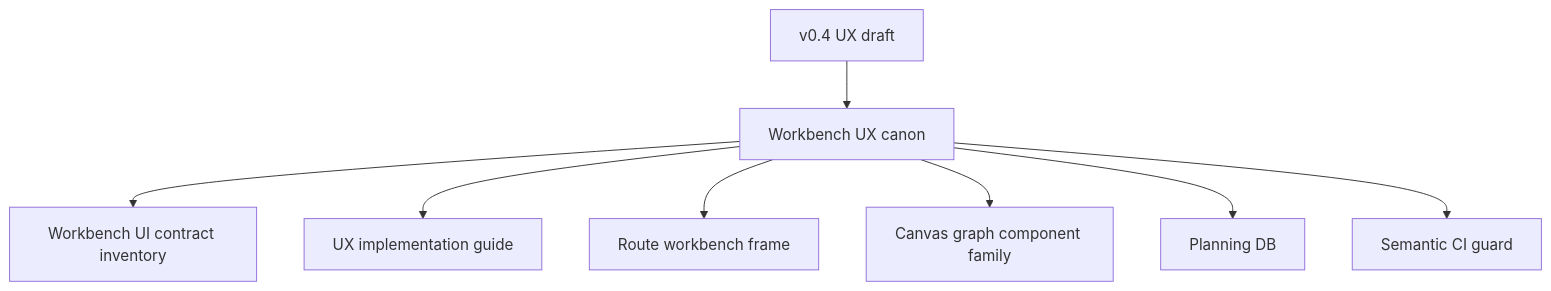
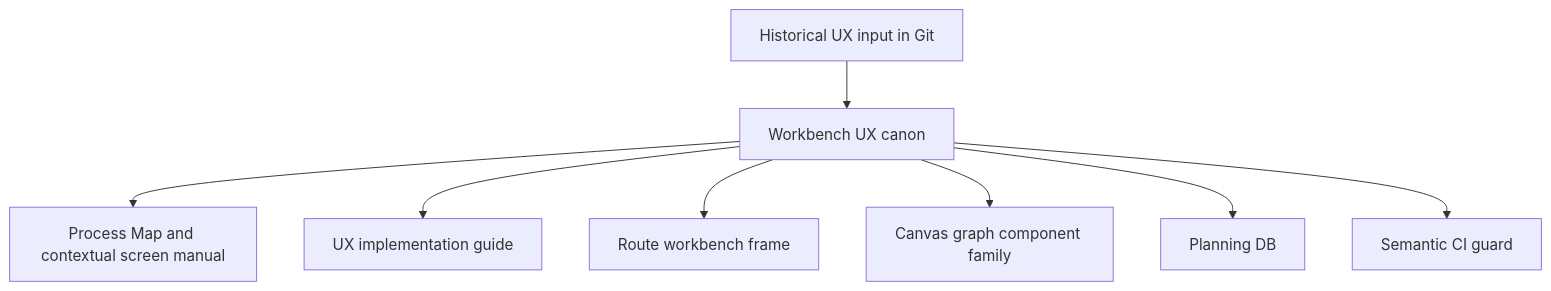
Before and after one commit to dunay2/dvt: the second of 2 diagrams in docs/architecture/components/web/workbench-ux-canon-component.md, drawn with Mermaid. The commit also changed other lines of this file and 97 other files, not shown here.

````diff
--- a/docs/architecture/components/web/workbench-ux-canon-component.md
+++ b/docs/architecture/components/web/workbench-ux-canon-component.md
@@ -81,19 +81,19 @@
 ```mermaid
 flowchart TD
-  Draft["v0.4 UX draft"]
+  Draft["Historical UX input in Git"]
   Canon["Workbench UX canon"]
-  Contract["Workbench UI contract inventory"]
+  Contract["Process Map and contextual screen manual"]
   Guide["UX implementation guide"]
   Shell["Route workbench frame"]
   Canvas["Canvas graph component family"]
   Planning["Planning DB"]
   Test["Semantic CI guard"]
 
   Draft --> Canon
   Canon --> Contract
   Canon --> Guide
   Canon --> Shell
   Canon --> Canvas
   Canon --> Planning
   Canon --> Test
 ```
````
